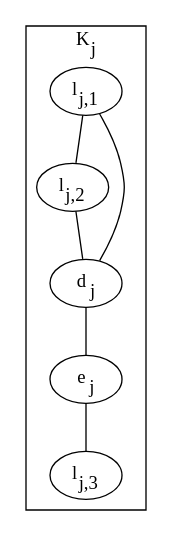
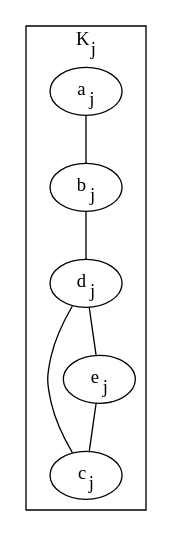
One commit to Obererpel/Zusammenfassung-Kryptographie changed the diagram in img/3Sat_3Col_single_clause.dot. Above: the diagram before and after it, drawn with Graphviz. The commit also changed 21 other files, not shown here.

Commit message:
graphen (hoffentlich) gefixt

```diff
--- a/img/3Sat_3Col_single_clause.dot
+++ b/img/3Sat_3Col_single_clause.dot
@@ -1,14 +1,14 @@
 graph G {
-	l11 [label=<l<SUB>j,1</SUB>>]
-	l12 [label=<l<SUB>j,2</SUB>>]
-	l13 [label=<l<SUB>j,3</SUB>>]
+	a [label=<a<SUB>j</SUB>>]
+	b [label=<b<SUB>j</SUB>>]
+	c [label=<c<SUB>j</SUB>>]
 	d [label=<d<SUB>j</SUB>>]
 	e [label=<e<SUB>j</SUB>>]
 	
 	subgraph cluster_k_j {
 		node [style=filled];
-		l11 -- l12 -- d -- l11
-		d -- e -- l13;
+		a -- b -- d -- c
+		d -- e -- c;
 		label = <K<SUB>j</SUB>>;
 	}
 }
```
